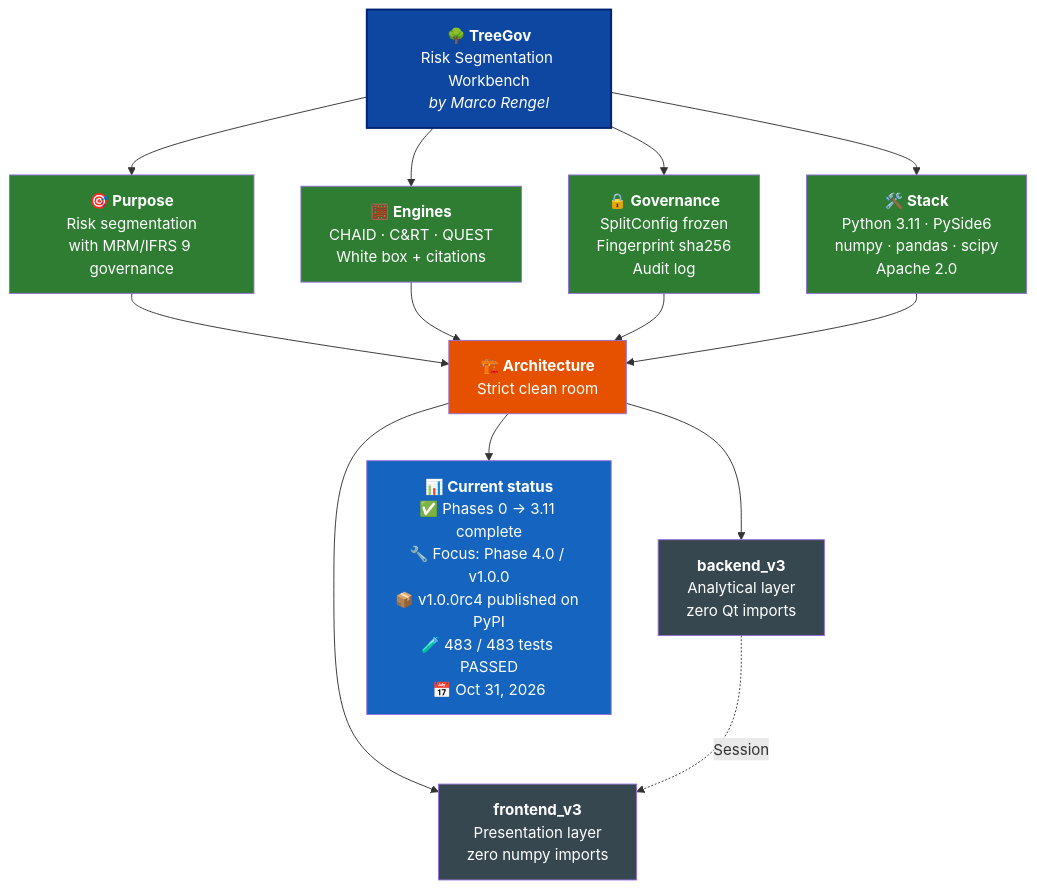
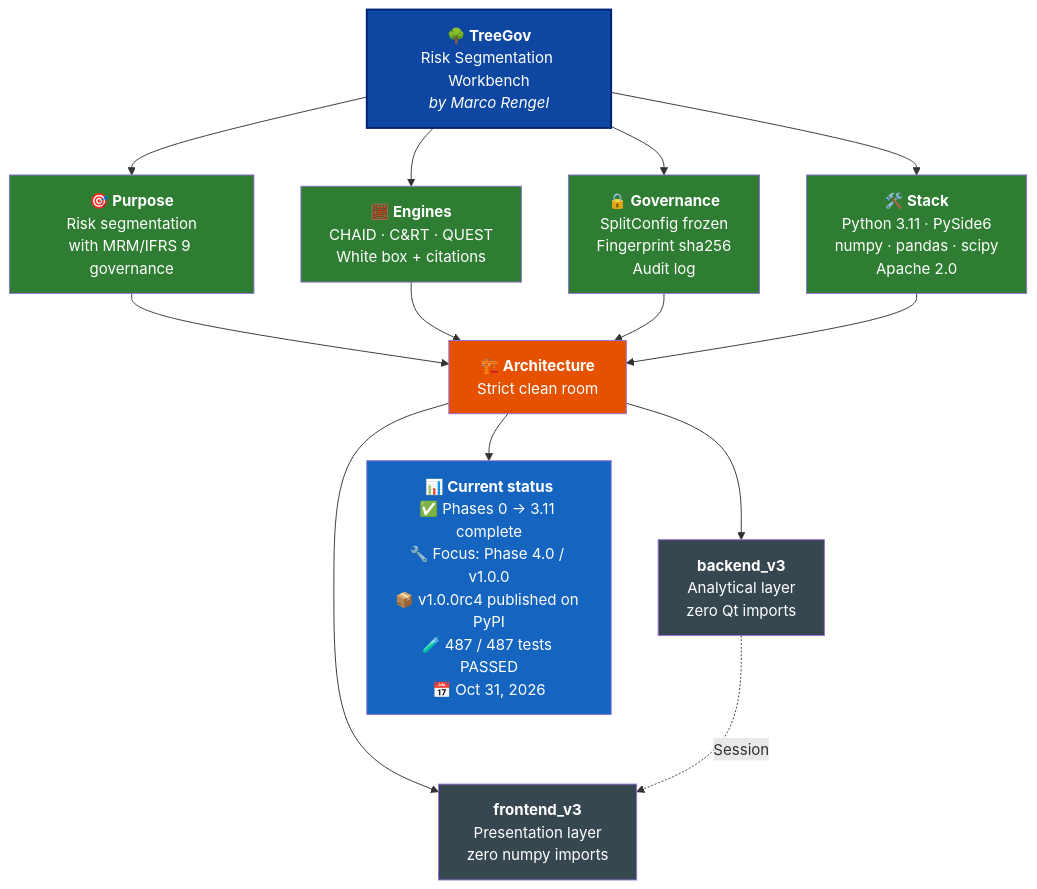
Before and after one commit to Marco-Rengel/treegov: the diagram in README.md, drawn with Mermaid. The commit also changed other lines of this file and 2 other files, not shown here.

Commit message:
docs(4.0.a): closure and suite bump to 487/487

````diff
--- a/README.md
+++ b/README.md
@@ -38,31 +38,31 @@
 ```mermaid
 flowchart TB
     TG["<b>🌳 TreeGov</b><br/>Risk Segmentation Workbench<br/><i>by Marco Rengel</i>"]
 
     TG --> P["<b>🎯 Purpose</b><br/>Risk segmentation<br/>with MRM/IFRS 9 governance"]
     TG --> M["<b>🧮 Engines</b><br/>CHAID · C&RT · QUEST<br/>White box + citations"]
     TG --> G["<b>🔒 Governance</b><br/>SplitConfig frozen<br/>Fingerprint sha256<br/>Audit log"]
     TG --> S["<b>🛠️ Stack</b><br/>Python 3.11 · PySide6<br/>numpy · pandas · scipy<br/>Apache 2.0"]
 
     P --> ARQ["<b>🏗️ Architecture</b><br/>Strict clean room"]
     M --> ARQ
     G --> ARQ
     S --> ARQ
 
     ARQ --> BE["<b>backend_v3</b><br/>Analytical layer<br/>zero Qt imports"]
     ARQ --> FE["<b>frontend_v3</b><br/>Presentation layer<br/>zero numpy imports"]
 
     BE -.->|Session| FE
 
-    ARQ --> ST["<b>📊 Current status</b><br/>✅ Phases 0 → 3.11 complete<br/>🔧 Focus: Phase 4.0 / v1.0.0<br/>📦 v1.0.0rc4 published on PyPI<br/>🧪 483 / 483 tests PASSED<br/>📅 Oct 31, 2026"]
+    ARQ --> ST["<b>📊 Current status</b><br/>✅ Phases 0 → 3.11 complete<br/>🔧 Focus: Phase 4.0 / v1.0.0<br/>📦 v1.0.0rc4 published on PyPI<br/>🧪 487 / 487 tests PASSED<br/>📅 Oct 31, 2026"]
 
     style TG fill:#0D47A1,color:#fff,stroke:#002171,stroke-width:2px
     style P fill:#2E7D32,color:#fff
     style M fill:#2E7D32,color:#fff
     style G fill:#2E7D32,color:#fff
     style S fill:#2E7D32,color:#fff
     style ARQ fill:#E65100,color:#fff
     style BE fill:#37474F,color:#fff
     style FE fill:#37474F,color:#fff
     style ST fill:#1565C0,color:#fff
 ```
````
